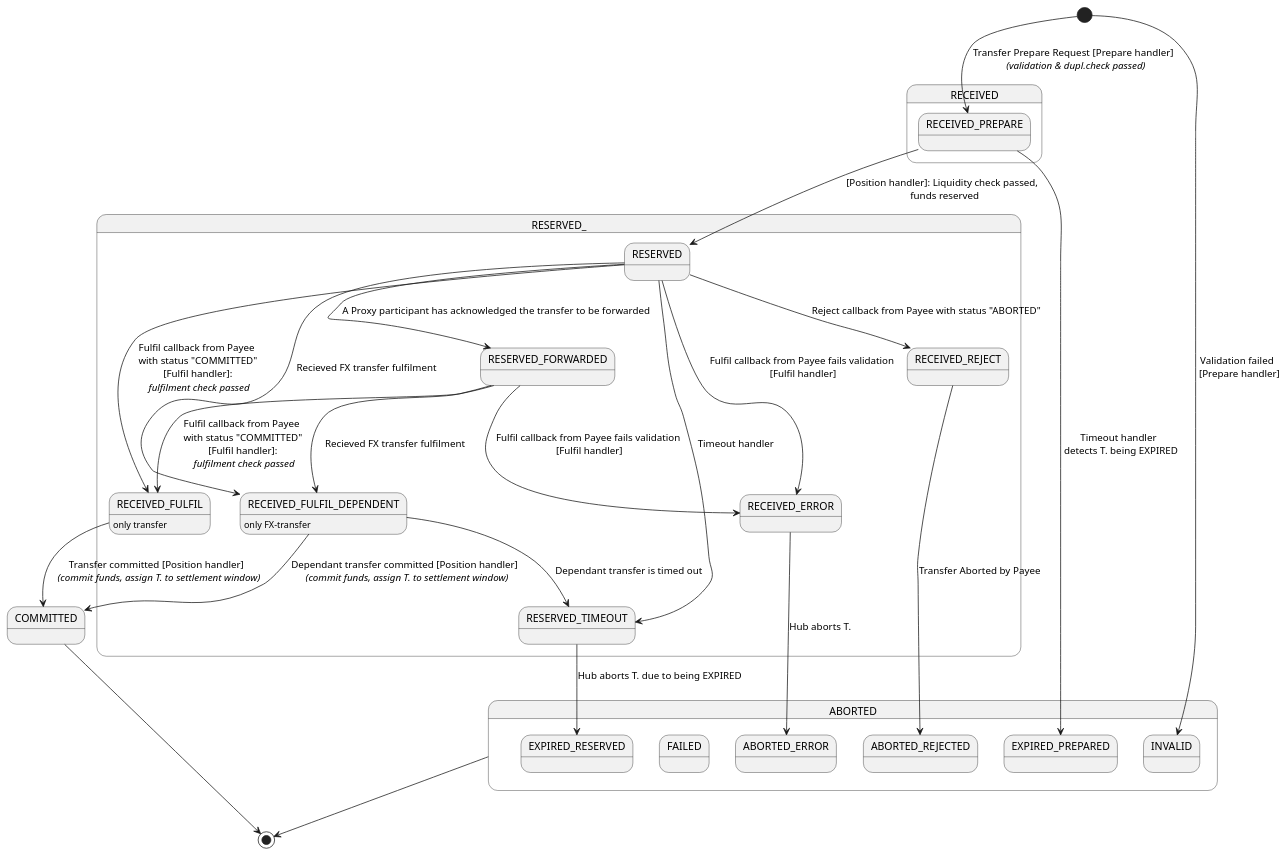
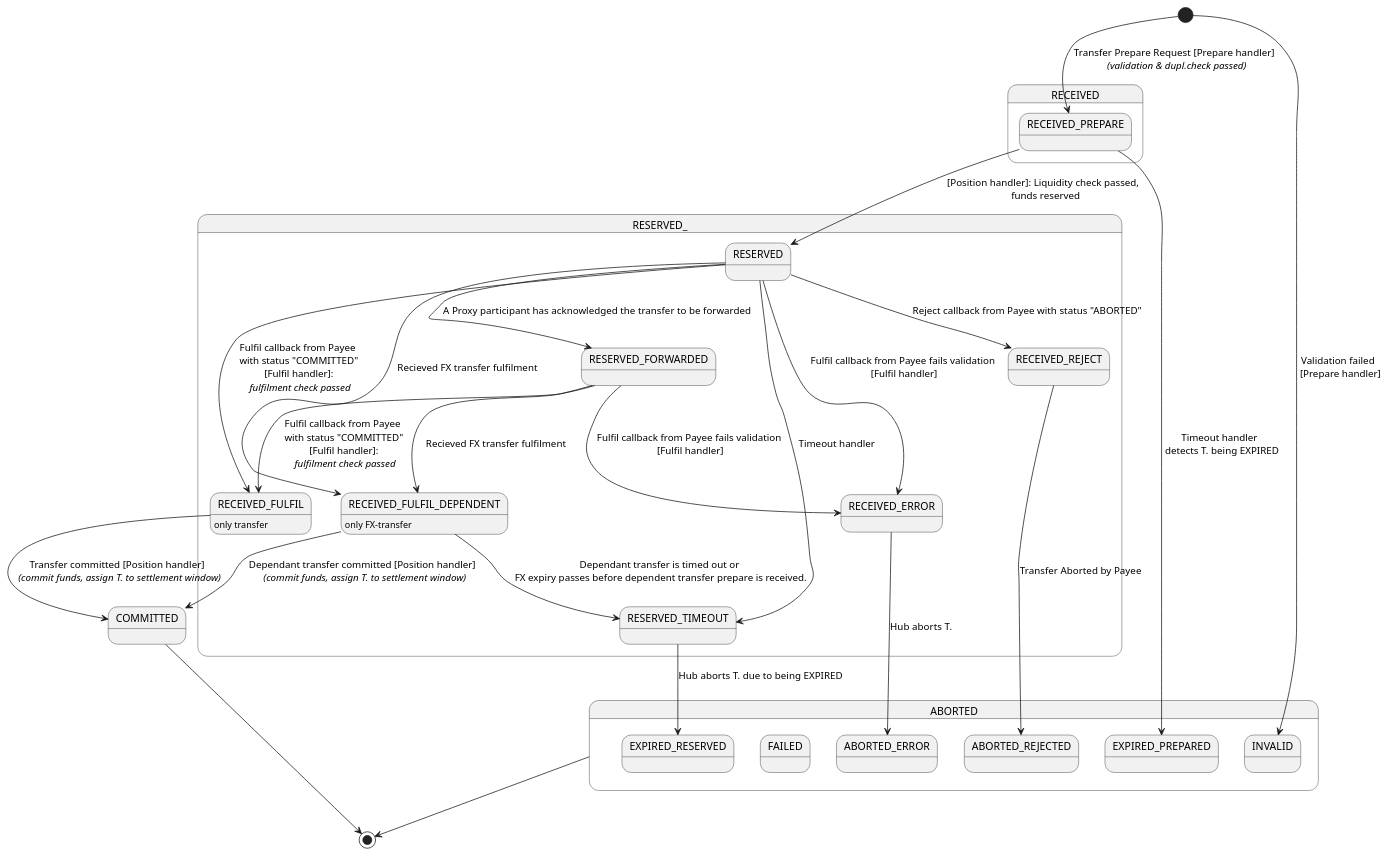
The diagram in documentation/state-diagrams/transfer-internal-states.plantuml (mojaloop/central-ledger), drawn with PlantUML before and after one commit. The commit also changed 5 other files, not shown here.

```diff
--- a/documentation/state-diagrams/transfer-internal-states.plantuml
+++ b/documentation/state-diagrams/transfer-internal-states.plantuml
@@ -1,74 +1,74 @@
 @startuml
 
 state RECEIVED {
   state RECEIVED_PREPARE {
   }
 }
 
 state RESERVED_ {
   state RESERVED {
   }
   state RESERVED_FORWARDED {
   }
   state RECEIVED_FULFIL {
   }
   state RECEIVED_FULFIL_DEPENDENT {
   }
   state RESERVED_TIMEOUT {
   }
   state RECEIVED_REJECT {
   }
   state RECEIVED_ERROR {
   }
 }
 
 state COMMITTED {
 }
 
 state ABORTED {
   state ABORTED_ERROR {
   }
   state ABORTED_REJECTED {
   }
   state EXPIRED_PREPARED {
   }
   state EXPIRED_RESERVED {
   }
   state FAILED {
   }
   state INVALID {
   }
 }
 
 RECEIVED_FULFIL_DEPENDENT : only FX-transfer
 RECEIVED_FULFIL : only transfer
 
 [*] --> RECEIVED_PREPARE : Transfer Prepare Request [Prepare handler] \n <i>(validation & dupl.check passed)</i>
 [*] --> INVALID : Validation failed \n [Prepare handler]
 RECEIVED_PREPARE --> RESERVED : [Position handler]: Liquidity check passed, \n funds reserved
 RESERVED --> RECEIVED_REJECT : Reject callback from Payee with status "ABORTED"
 
 RECEIVED_FULFIL --> COMMITTED : Transfer committed [Position handler] \n <i>(commit funds, assign T. to settlement window)</i>
 RECEIVED_REJECT --> ABORTED_REJECTED : Transfer Aborted by Payee
 RECEIVED_ERROR --> ABORTED_ERROR : Hub aborts T.
 RECEIVED_PREPARE --> EXPIRED_PREPARED : Timeout handler \n detects T. being EXPIRED
 
 RESERVED --> RECEIVED_FULFIL : Fulfil callback from Payee \n with status "COMMITTED" \n [Fulfil handler]: \n <i>fulfilment check passed</i>
 RESERVED --> RECEIVED_ERROR : Fulfil callback from Payee fails validation\n [Fulfil handler]
 RESERVED --> RECEIVED_FULFIL_DEPENDENT : Recieved FX transfer fulfilment
 RESERVED --> RESERVED_FORWARDED : A Proxy participant has acknowledged the transfer to be forwarded
 RESERVED --> RESERVED_TIMEOUT : Timeout handler
 
 RESERVED_FORWARDED --> RECEIVED_FULFIL : Fulfil callback from Payee \n with status "COMMITTED" \n [Fulfil handler]: \n <i>fulfilment check passed</i>
 RESERVED_FORWARDED --> RECEIVED_ERROR : Fulfil callback from Payee fails validation\n [Fulfil handler]
 RESERVED_FORWARDED --> RECEIVED_FULFIL_DEPENDENT : Recieved FX transfer fulfilment
 
 RECEIVED_FULFIL_DEPENDENT --> COMMITTED : Dependant transfer committed [Position handler] \n <i>(commit funds, assign T. to settlement window)</i>
-RECEIVED_FULFIL_DEPENDENT --> RESERVED_TIMEOUT : Dependant transfer is timed out
+RECEIVED_FULFIL_DEPENDENT --> RESERVED_TIMEOUT : Dependant transfer is timed out or\n FX expiry passes before dependent transfer prepare is received.
 
 RESERVED_TIMEOUT --> EXPIRED_RESERVED : Hub aborts T. due to being EXPIRED
 
 COMMITTED --> [*]
 ABORTED --> [*]
 
 @enduml
```
